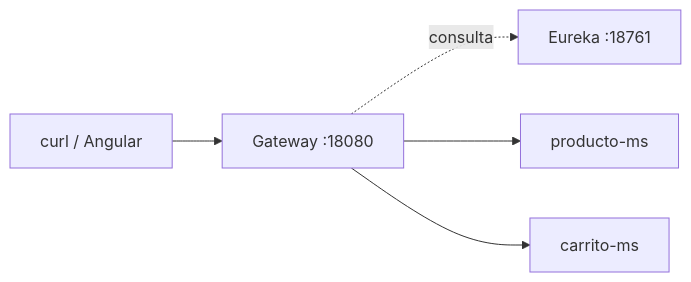
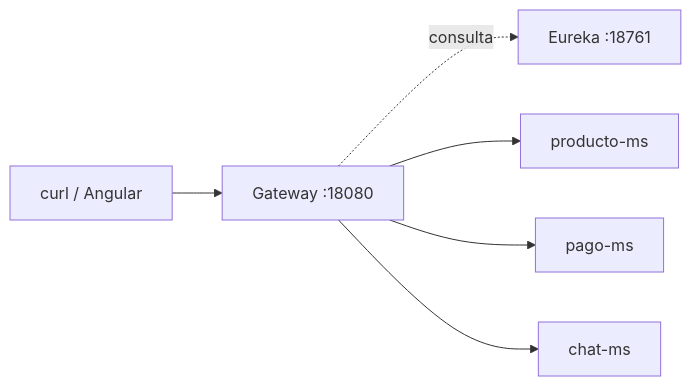
The first of 2 diagrams in docs/sesiones/s04-gateway-trafico.md (erickmijael17/SmartCampus-Marketplace), drawn with Mermaid before and after one commit. The commit also changed other lines of this file and 23 other files, not shown here.

Commit message:
docs: update frontend and payment flows

````diff
--- a/docs/sesiones/s04-gateway-trafico.md
+++ b/docs/sesiones/s04-gateway-trafico.md
@@ -46,12 +46,14 @@
 ```mermaid
 flowchart LR
     Client["curl / Angular"]
     GW["Gateway :18080"]
     EU["Eureka :18761"]
     PROD["producto-ms"]
-    CART["carrito-ms"]
+    PAY["pago-ms"]
+    CHAT["chat-ms"]
     Client --> GW
     GW -. consulta .-> EU
     GW --> PROD
-    GW --> CART
+    GW --> PAY
+    GW --> CHAT
 ```
````
